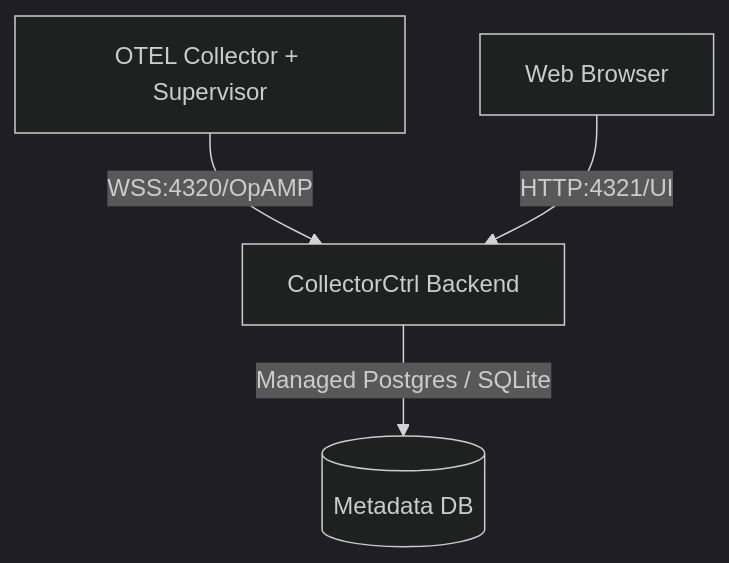
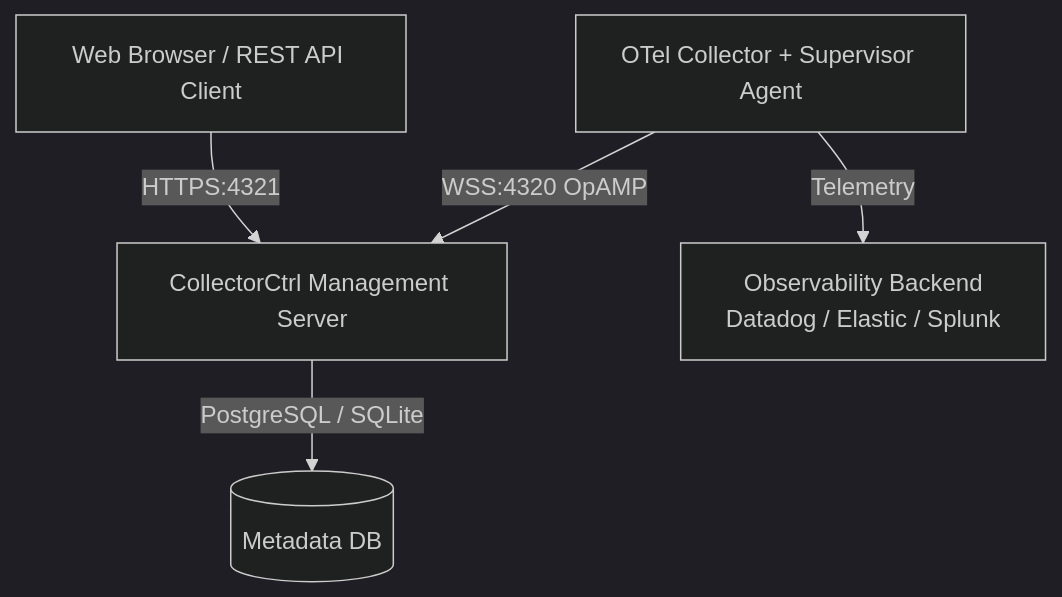
The diagram in README.md (CollectorCtrl/CollectorCtrl), drawn with Mermaid (dark theme) before and after one commit. The commit also changed other lines of this file and 4 other files, not shown here.

````diff
--- a/README.md
+++ b/README.md
@@ -18,6 +21,7 @@
 ```mermaid
 graph TD
-    A[OTEL Collector + Supervisor] -- WSS:4320/OpAMP --> B[CollectorCtrl Backend]
-    C[Web Browser] -- HTTP:4321/UI --> B
-    B -- Managed Postgres / SQLite --> E[(Metadata DB)]
+    A[OTel Collector + Supervisor Agent] -- WSS:4320 OpAMP --> B[CollectorCtrl Management Server]
+    C[Web Browser / REST API Client] -- HTTPS:4321 --> B
+    B -- PostgreSQL / SQLite --> E[(Metadata DB)]
+    A -- Telemetry --> F[Observability Backend<br/>Datadog / Elastic / Splunk]
 ```
````
